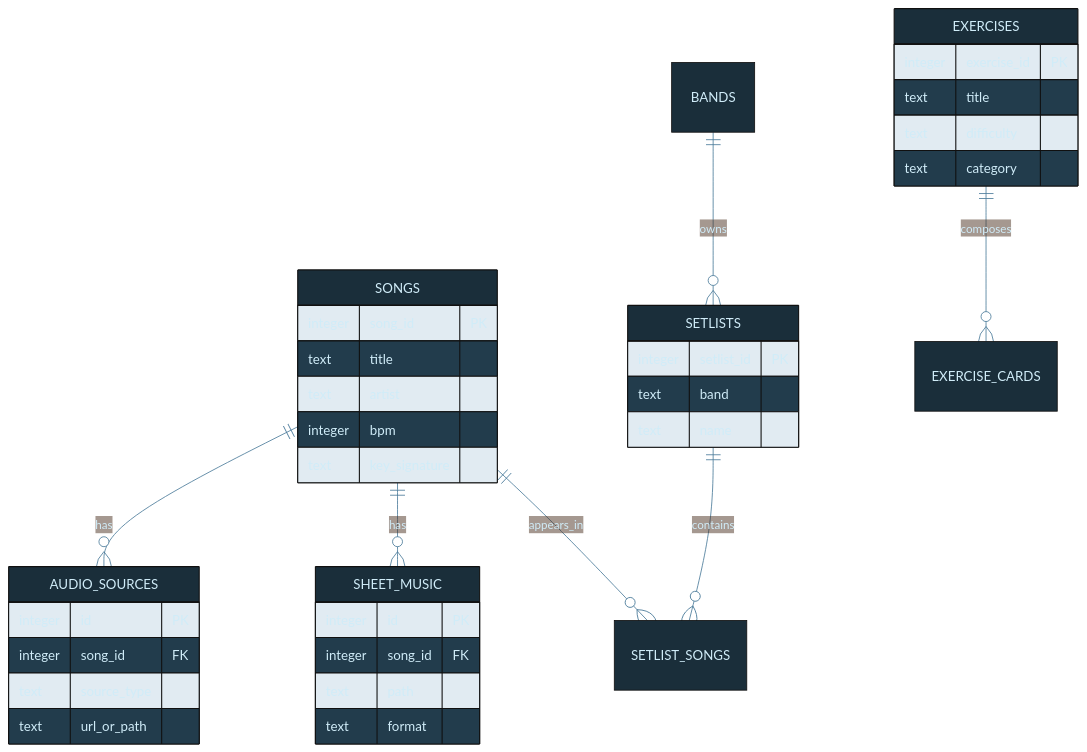
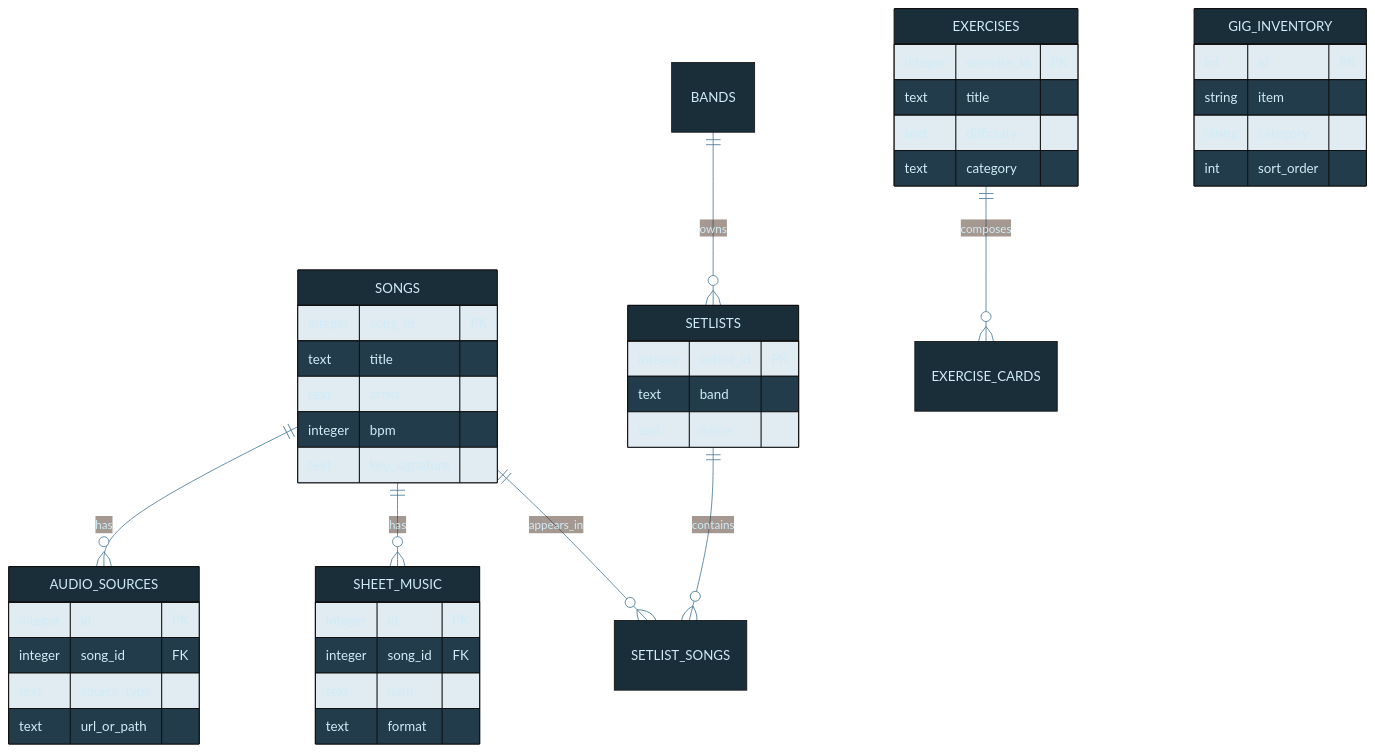
One commit to tylerdrakemusic/-Workspace changed the diagram in diagrams/music-db-schema.mmd. Above: the diagram before and after it, drawn with Mermaid.

Commit message:
fix(diagram): add GIG_INVENTORY entity to music-db-schema

```diff
--- a/diagrams/music-db-schema.mmd
+++ b/diagrams/music-db-schema.mmd
@@ -1,39 +1,45 @@
 %%{init: {'theme': 'base', 'themeVariables': {'primaryColor': '#1a2e3a', 'primaryTextColor': '#d0ecf8', 'edgeLabelBackground': '#0f1318', 'lineColor': '#4a7a9a'}}}%%
 erDiagram
     SONGS ||--o{ SETLIST_SONGS : appears_in
     SETLISTS ||--o{ SETLIST_SONGS : contains
     SONGS ||--o{ SHEET_MUSIC : has
     SONGS ||--o{ AUDIO_SOURCES : has
     BANDS ||--o{ SETLISTS : owns
     EXERCISES ||--o{ EXERCISE_CARDS : composes
 
     SONGS {
         integer song_id PK
         text title
         text artist
         integer bpm
         text key_signature
     }
     SETLISTS {
         integer setlist_id PK
         text band
         text name
     }
     SHEET_MUSIC {
         integer id PK
         integer song_id FK
         text path
         text format
     }
     AUDIO_SOURCES {
         integer id PK
         integer song_id FK
         text source_type
         text url_or_path
     }
     EXERCISES {
         integer exercise_id PK
         text title
         text difficulty
         text category
     }
+    GIG_INVENTORY {
+        int id PK
+        string item
+        string category
+        int sort_order
+    }
```
